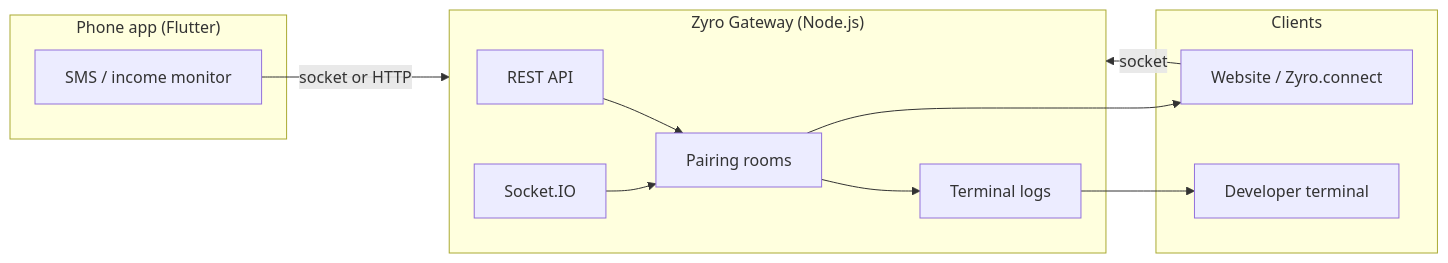
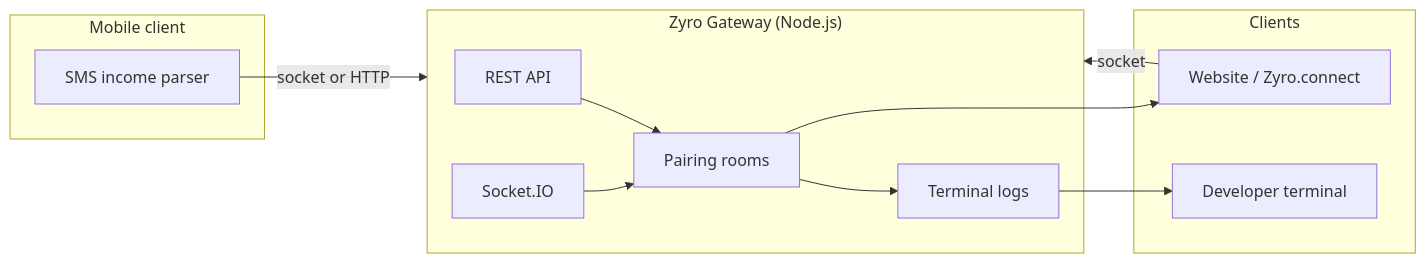
One commit to orod-codes/zyro-getway changed the diagram in README.md. Above: the diagram before and after it, drawn with Mermaid. The commit also changed other lines of this file, not shown here.

Commit message:
docs: use Zyro app logo in README

````diff
--- a/README.md
+++ b/README.md
@@ -170,26 +170,26 @@
 ```mermaid
 flowchart LR
-  subgraph Phone["Phone app (Flutter)"]
-    SMS[SMS / income monitor]
+  subgraph Phone["Mobile client"]
+    SMS[SMS income parser]
   end
 
   subgraph Gateway["Zyro Gateway (Node.js)"]
     HTTP[REST API]
     WS[Socket.IO]
     ROOM[Pairing rooms]
     TERM[Terminal logs]
     HTTP --> ROOM
     WS --> ROOM
     ROOM --> TERM
   end
 
   subgraph Clients["Clients"]
     WEB[Website / Zyro.connect]
     TTY[Developer terminal]
   end
 
   SMS -->|socket or HTTP| Gateway
   WEB -->|socket| Gateway
   ROOM --> WEB
   TERM --> TTY
 ```
````
